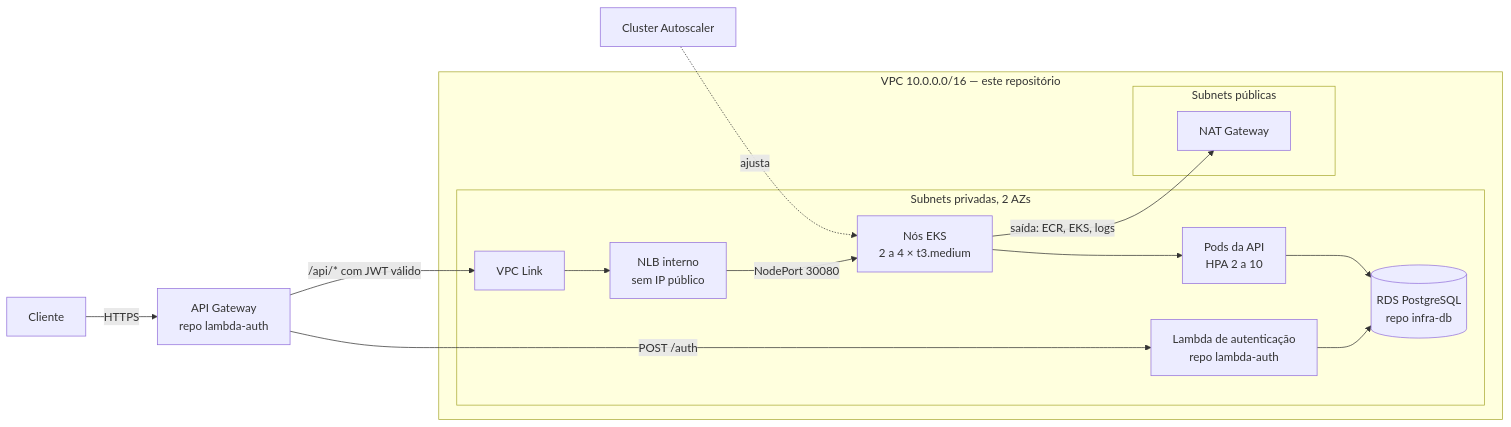
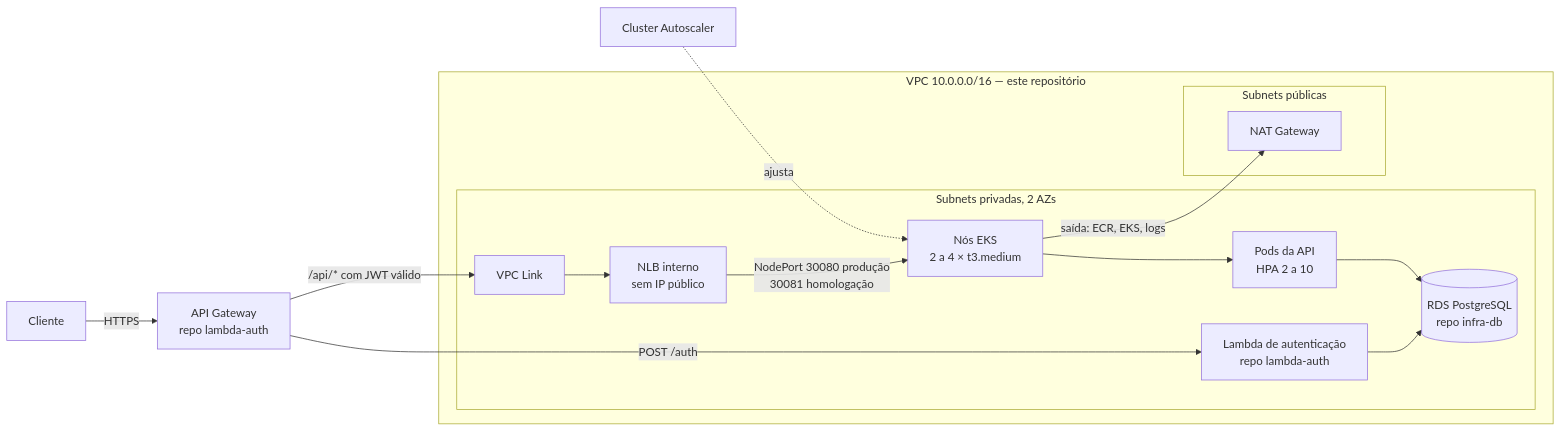
The diagram in README.md (16soat-fiap/autopecas-infra-k8s), drawn with Mermaid before and after one commit. The commit also changed other lines of this file and 5 other files, not shown here.

First line of the commit message:
feat: um listener e um NodePort por ambiente no NLB

````diff
--- a/README.md
+++ b/README.md
@@ -26,22 +26,22 @@
 ```mermaid
 flowchart LR
   C[Cliente] -->|HTTPS| G[API Gateway<br/>repo lambda-auth]
   G -->|POST /auth| L[Lambda de autenticação<br/>repo lambda-auth]
   G -->|/api/* com JWT válido| VL[VPC Link]
 
   subgraph VPC [VPC 10.0.0.0/16 — este repositório]
     subgraph PRIV [Subnets privadas, 2 AZs]
       VL --> NLB[NLB interno<br/>sem IP público]
-      NLB -->|NodePort 30080| N[Nós EKS<br/>2 a 4 × t3.medium]
+      NLB -->|NodePort 30080 produção<br/>30081 homologação| N[Nós EKS<br/>2 a 4 × t3.medium]
       N --> P[Pods da API<br/>HPA 2 a 10]
       L --> DB[(RDS PostgreSQL<br/>repo infra-db)]
       P --> DB
     end
     subgraph PUB [Subnets públicas]
       NAT[NAT Gateway]
     end
     N -->|saída: ECR, EKS, logs| NAT
   end
 
   CA[Cluster Autoscaler] -.ajusta.-> N
 ```
````
